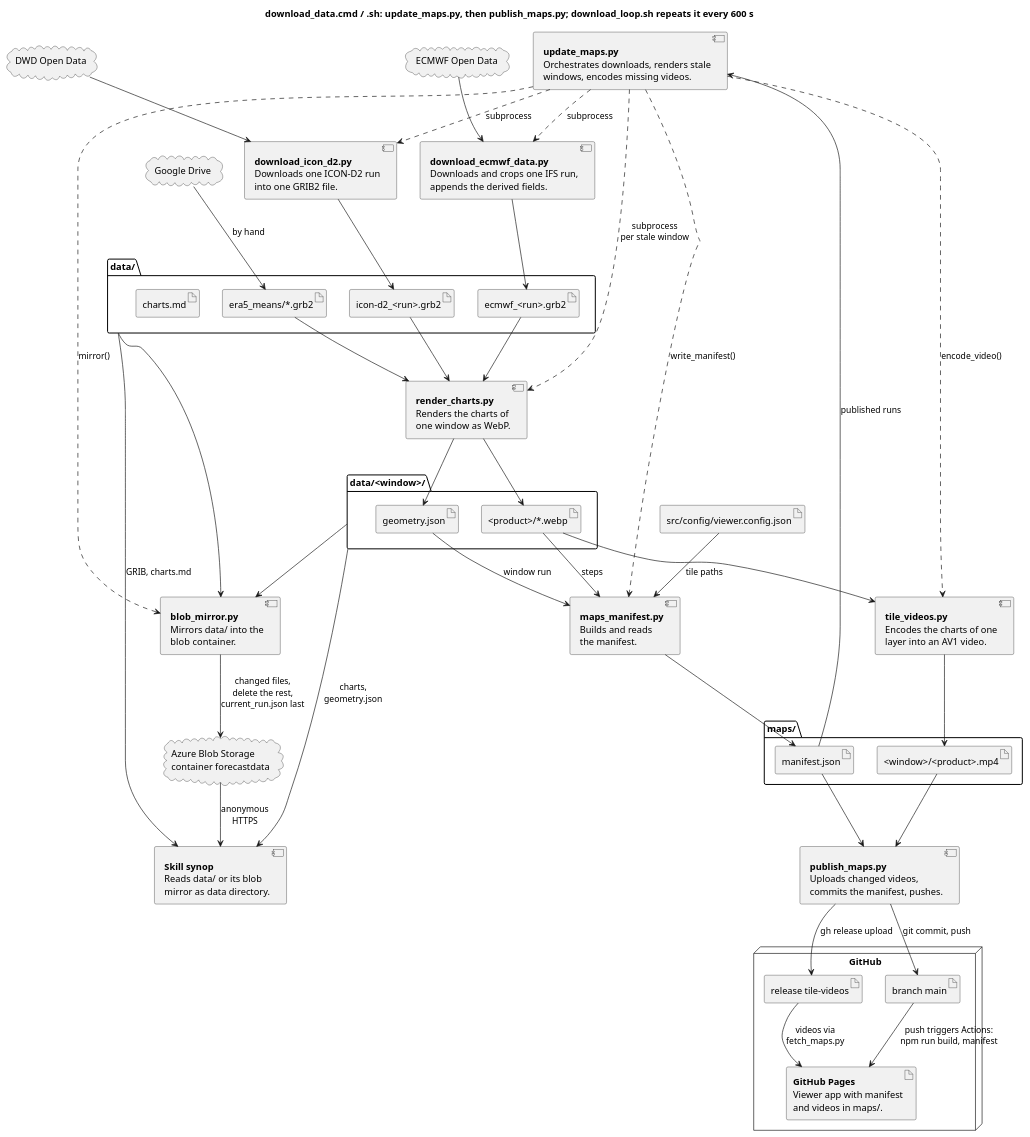
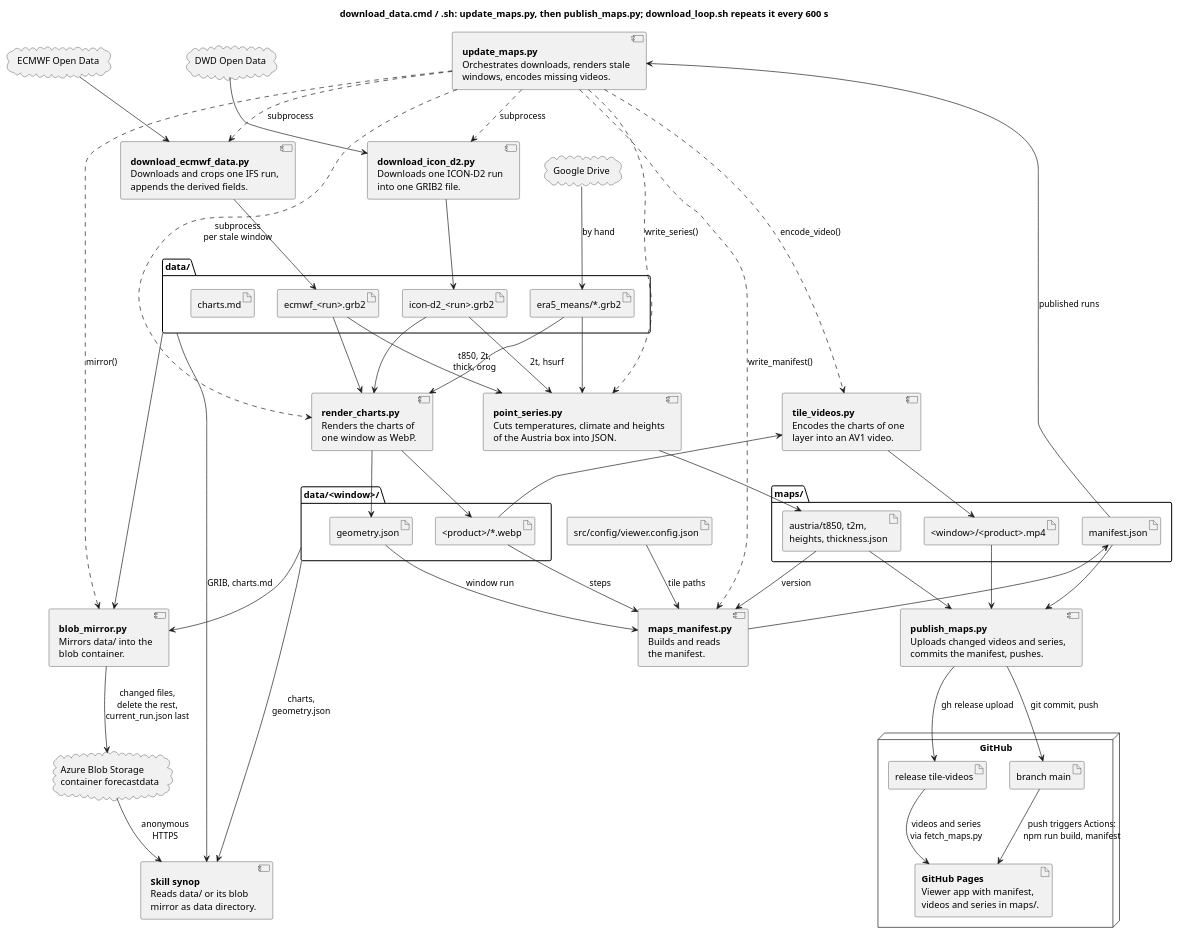
The first of 5 diagrams in REFERENCE.scripts.md (schletz/wetterkartenviewer), drawn with PlantUML before and after one commit. The commit also changed other lines of this file and 23 other files, not shown here.

First line of the commit message:
Add temperature diagram for Austria to the start page

```diff
--- a/REFERENCE.scripts.md
+++ b/REFERENCE.scripts.md
@@ -60,6 +61,11 @@
  Encodes the charts of one
  layer into an AV1 video.
 ]
+component point_series [
+ **point_series.py**
+ Cuts temperatures, climate and heights
+ of the Austria box into JSON.
+]
 component maps_manifest [
  **maps_manifest.py**
  Builds and reads
@@ -67,7 +73,7 @@
 ]
 component publish_maps [
  **publish_maps.py**
- Uploads changed videos,
+ Uploads changed videos and series,
  commits the manifest, pushes.
 ]
 component blob_mirror [
@@ -92,6 +98,7 @@
 }
 folder "maps/" {
  artifact "<window>/<product>.mp4" as videos
+ artifact "austria/t850, t2m,\nheights, thickness.json" as series
  artifact "manifest.json" as manifest
 }
 artifact "src/config/viewer.config.json" as config
@@ -100,14 +107,15 @@
  artifact "branch main" as repo
  artifact pages [
  **GitHub Pages**
- Viewer app with manifest
- and videos in maps/.
+ Viewer app with manifest,
+ videos and series in maps/.
  ]
 }
 update_maps ..> download_ecmwf : subprocess
 update_maps ..> download_icon : subprocess
 update_maps ..> render_charts : subprocess\nper stale window
 update_maps ..> tile_videos : encode_video()
+update_maps ..> point_series : write_series()
 update_maps ..> maps_manifest : write_manifest()
 update_maps ..> blob_mirror : mirror()
 ecmwf --> download_ecmwf
@@ -122,17 +130,23 @@
 render_charts --> geometry
 charts --> tile_videos
 tile_videos --> videos
+ecmwf_grib --> point_series : t850, 2t,\nthick, orog
+icon_grib --> point_series : 2t, hsurf
+era5 --> point_series
+point_series --> series
 config --> maps_manifest : tile paths
 charts --> maps_manifest : steps
 geometry --> maps_manifest : window run
+series --> maps_manifest : version
 maps_manifest --> manifest
 manifest --> update_maps : published runs
 videos --> publish_maps
+series --> publish_maps
 manifest --> publish_maps
 publish_maps --> release : gh release upload
 publish_maps --> repo : git commit, push
 repo --> pages : push triggers Actions:\nnpm run build, manifest
-release --> pages : videos via\nfetch_maps.py
+release --> pages : videos and series\nvia fetch_maps.py
 data_dir --> synop : GRIB, charts.md
 window_dir --> synop : charts,\ngeometry.json
 data_dir --> blob_mirror
```
